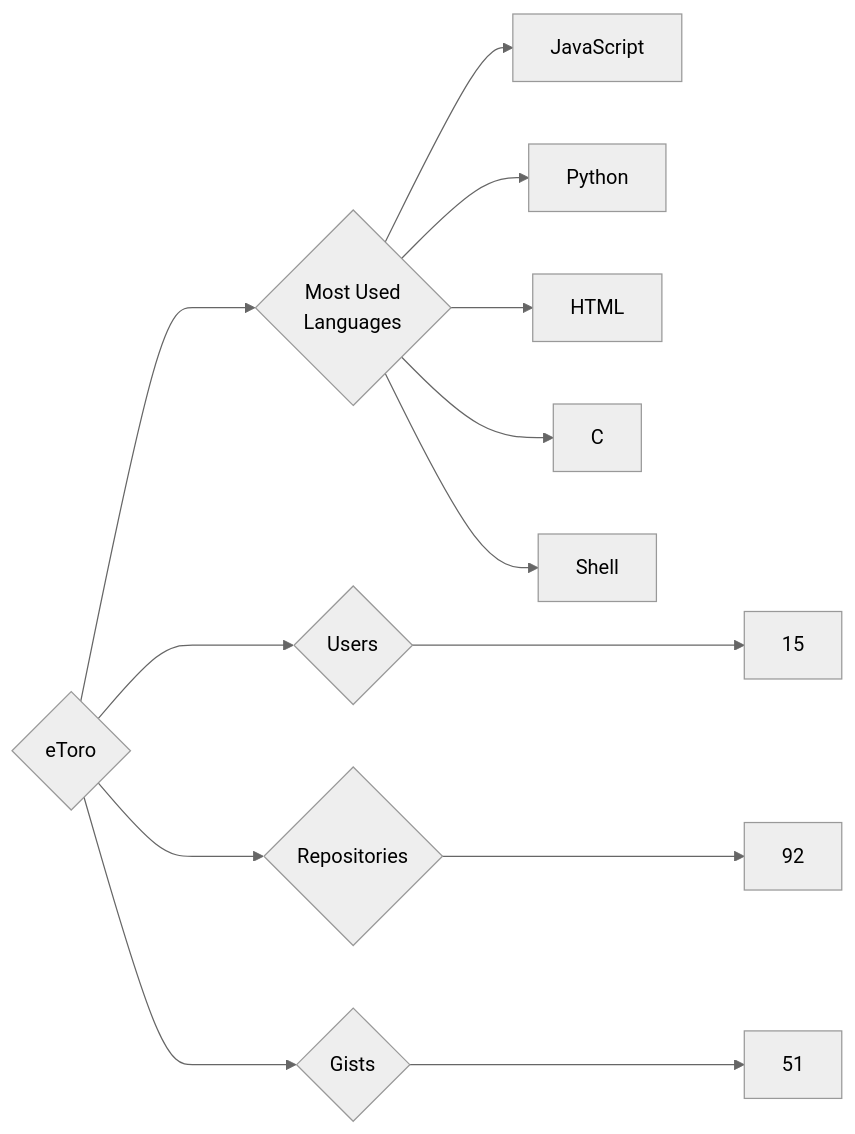
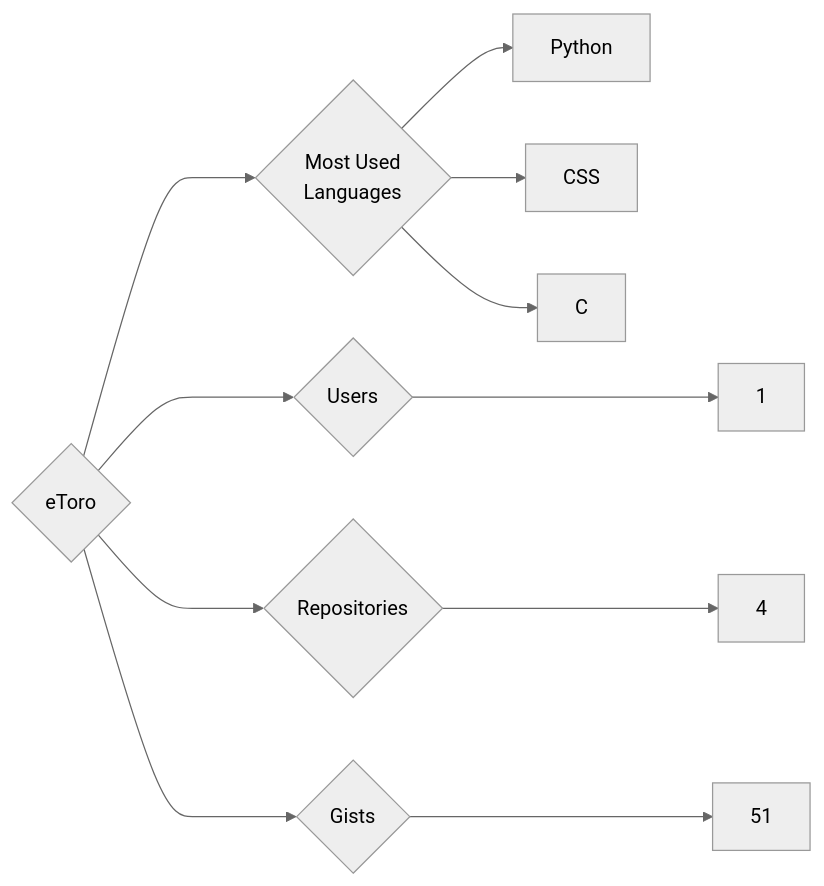
Before and after one commit to trickest/insiders: the diagram in targets/eToro/README.md, drawn with Mermaid (neutral theme). The commit also changed 886 other files, not shown here.

````diff
--- a/targets/eToro/README.md
+++ b/targets/eToro/README.md
@@ -3,13 +3,11 @@
 ```mermaid
 graph LR
 COMPANY_NAME{eToro}
-COMPANY_NAME ---> U{Users} ---> UN[15]
-COMPANY_NAME ---> R{Repositories} ---> RN[92]
+COMPANY_NAME ---> U{Users} ---> UN[1]
+COMPANY_NAME ---> R{Repositories} ---> RN[4]
 COMPANY_NAME ---> G{Gists} ---> GN[51]
 COMPANY_NAME ---> ML{Most Used<br>Languages}
-ML --> JavaScript[JavaScript]
 ML --> Python[Python]
-ML --> HTML[HTML]
+ML --> CSS[CSS]
 ML --> C[C]
-ML --> Shell[Shell]
 ```
````
